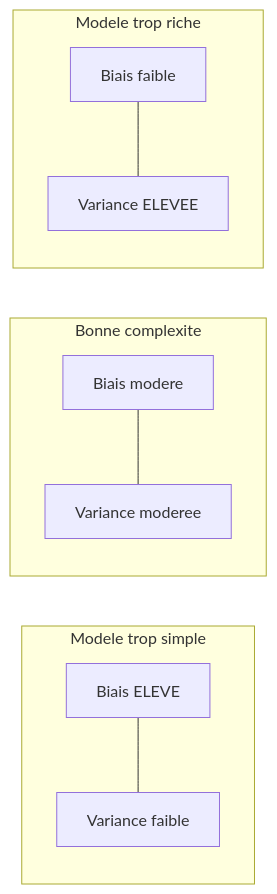
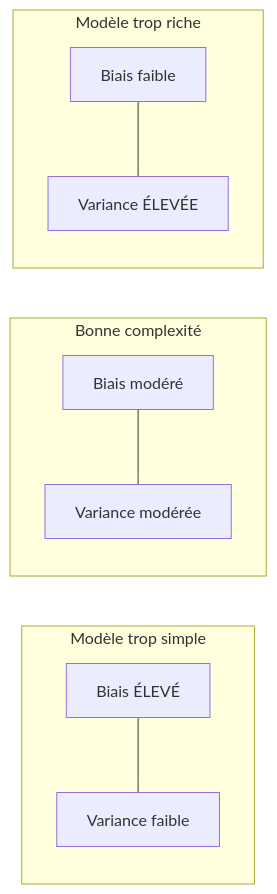
The fourth of 6 diagrams in chapitres/08-modeles-et-donnees.md (tanguychenier/Mathematiques-pour-le-Machine-Learning), drawn with Mermaid before and after one commit. The commit also changed other lines of this file and 7 other files, not shown here.

````diff
--- a/chapitres/08-modeles-et-donnees.md
+++ b/chapitres/08-modeles-et-donnees.md
@@ -758,12 +758,12 @@
 ```mermaid
 flowchart LR
-    subgraph Simple["Modele trop simple"]
-        B1["Biais ELEVE"] --- V1["Variance faible"]
+    subgraph Simple["Modèle trop simple"]
+        B1["Biais ÉLEVÉ"] --- V1["Variance faible"]
     end
-    subgraph Juste["Bonne complexite"]
-        B2["Biais modere"] --- V2["Variance moderee"]
+    subgraph Juste["Bonne complexité"]
+        B2["Biais modéré"] --- V2["Variance modérée"]
     end
-    subgraph Complexe["Modele trop riche"]
-        B3["Biais faible"] --- V3["Variance ELEVEE"]
+    subgraph Complexe["Modèle trop riche"]
+        B3["Biais faible"] --- V3["Variance ÉLEVÉE"]
     end
 ```
````
